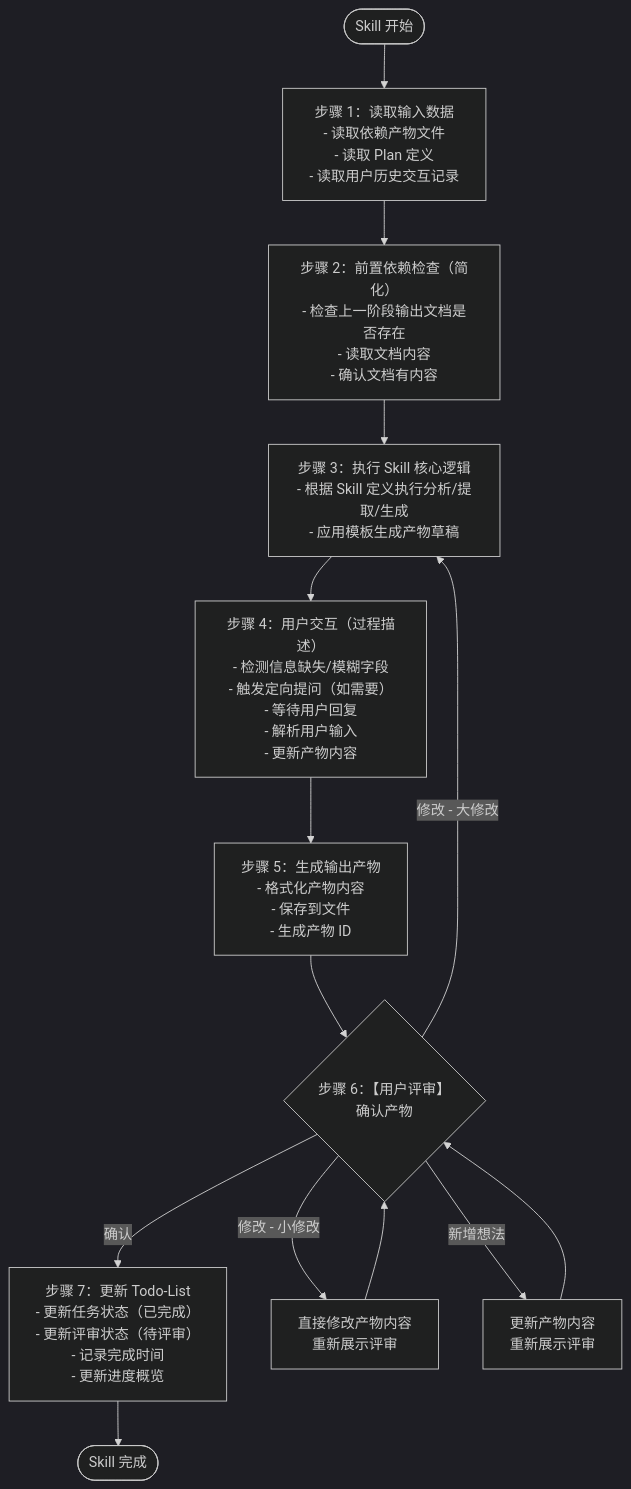
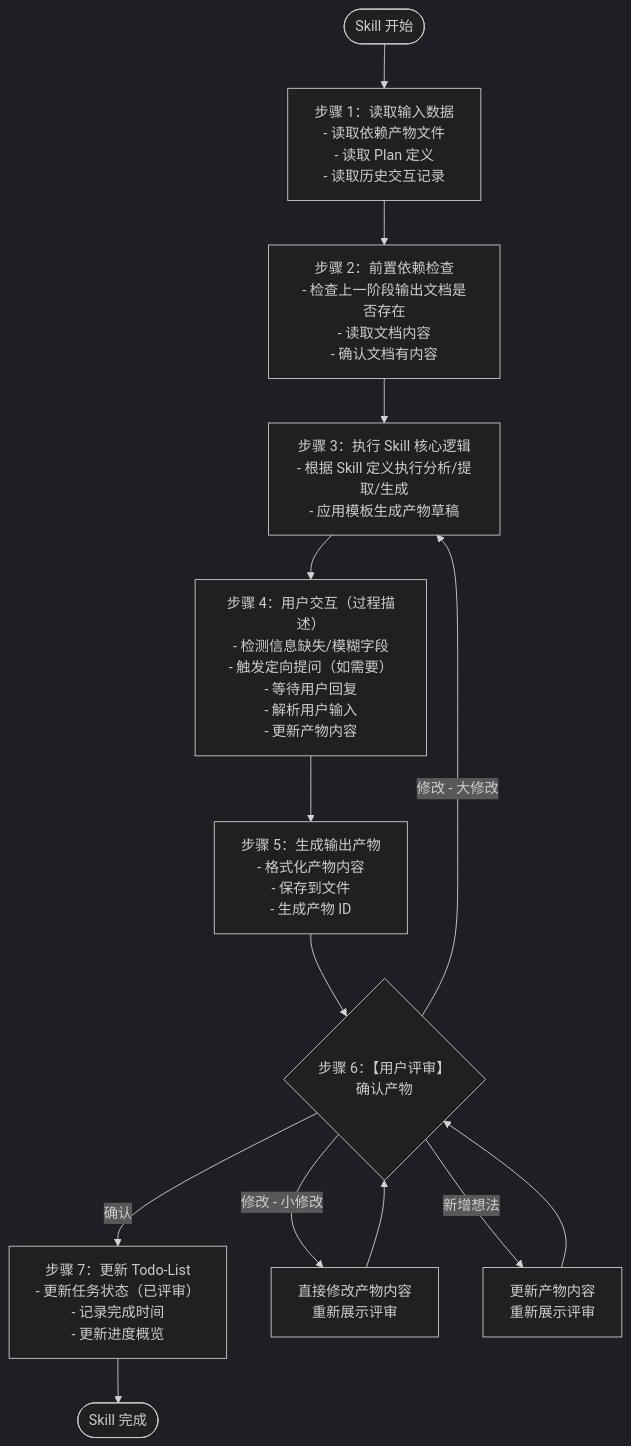
One commit to HeartFlying/swf changed the third of 4 diagrams in WORKFLOW.md. Above: the diagram before and after it, drawn with Mermaid (dark theme). The commit also changed other lines of this file and 4 other files, not shown here.

````diff
--- a/WORKFLOW.md
+++ b/WORKFLOW.md
@@ -67,25 +261,25 @@
 ```mermaid
 flowchart TD
-    StartSkill([Skill 开始]) --> Step1[步骤 1：读取输入数据<br/>- 读取依赖产物文件<br/>- 读取 Plan 定义<br/>- 读取用户历史交互记录]
-    
-    Step1 --> Step2[步骤 2：前置依赖检查（简化）<br/>- 检查上一阶段输出文档是否存在<br/>- 读取文档内容<br/>- 确认文档有内容]
-    
+    StartSkill([Skill 开始]) --> Step1[步骤 1：读取输入数据<br/>- 读取依赖产物文件<br/>- 读取 Plan 定义<br/>- 读取历史交互记录]
+
+    Step1 --> Step2[步骤 2：前置依赖检查<br/>- 检查上一阶段输出文档是否存在<br/>- 读取文档内容<br/>- 确认文档有内容]
+
     Step2 --> Step3[步骤 3：执行 Skill 核心逻辑<br/>- 根据 Skill 定义执行分析/提取/生成<br/>- 应用模板生成产物草稿]
-    
+
     Step3 --> Step4[步骤 4：用户交互（过程描述）<br/>- 检测信息缺失/模糊字段<br/>- 触发定向提问（如需要）<br/>- 等待用户回复<br/>- 解析用户输入<br/>- 更新产物内容]
-    
+
     Step4 --> Step5[步骤 5：生成输出产物<br/>- 格式化产物内容<br/>- 保存到文件<br/>- 生成产物 ID]
-    
+
     Step5 --> Step6{步骤 6：【用户评审】<br/>确认产物}
-    
-    Step6 -->|确认 | Step7[步骤 7：更新 Todo-List<br/>- 更新任务状态（已完成）<br/>- 更新评审状态（待评审）<br/>- 记录完成时间<br/>- 更新进度概览]
-    
-    Step6 -->|修改 - 小修改 | Step6Revise[直接修改产物内容<br/>重新展示评审]
+
+    Step6 -->|确认| Step7[步骤 7：更新 Todo-List<br/>- 更新任务状态（已评审）<br/>- 记录完成时间<br/>- 更新进度概览]
+
+    Step6 -->|修改 - 小修改| Step6Revise[直接修改产物内容<br/>重新展示评审]
     Step6Revise --> Step6
-    
-    Step6 -->|修改 - 大修改 | Step3
-    Step6 -->|新增想法 | Step6New[更新产物内容<br/>重新展示评审]
+
+    Step6 -->|修改 - 大修改| Step3
+    Step6 -->|新增想法| Step6New[更新产物内容<br/>重新展示评审]
     Step6New --> Step6
-    
+
     Step7 --> EndSkill([Skill 完成])
 ```
````
